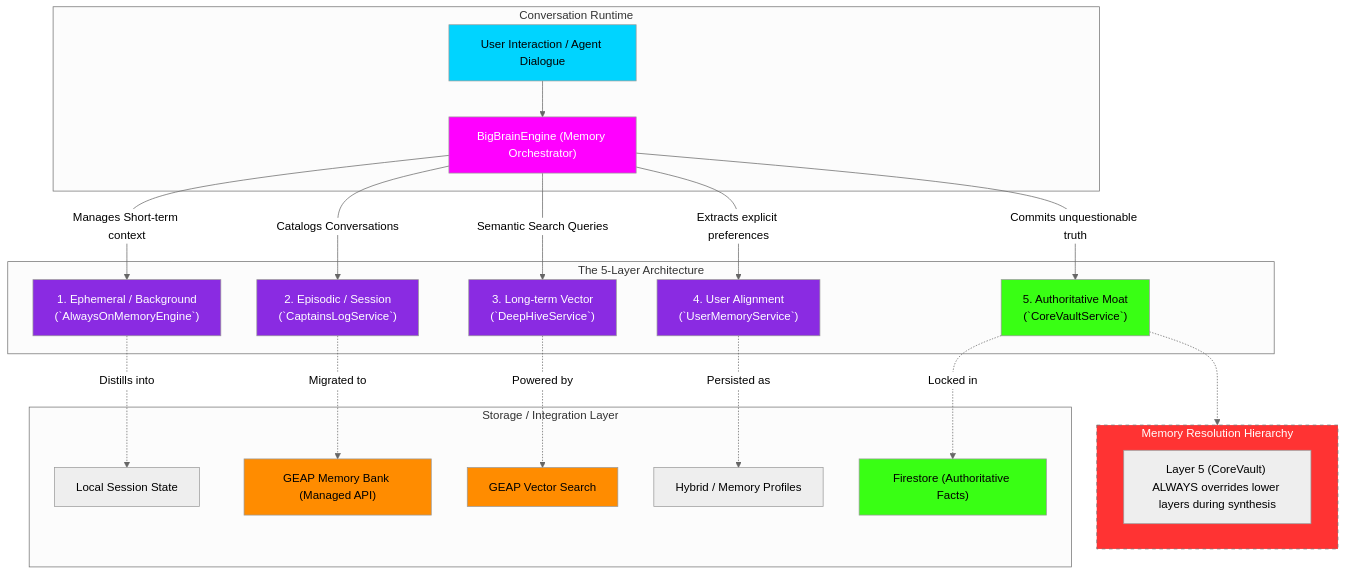
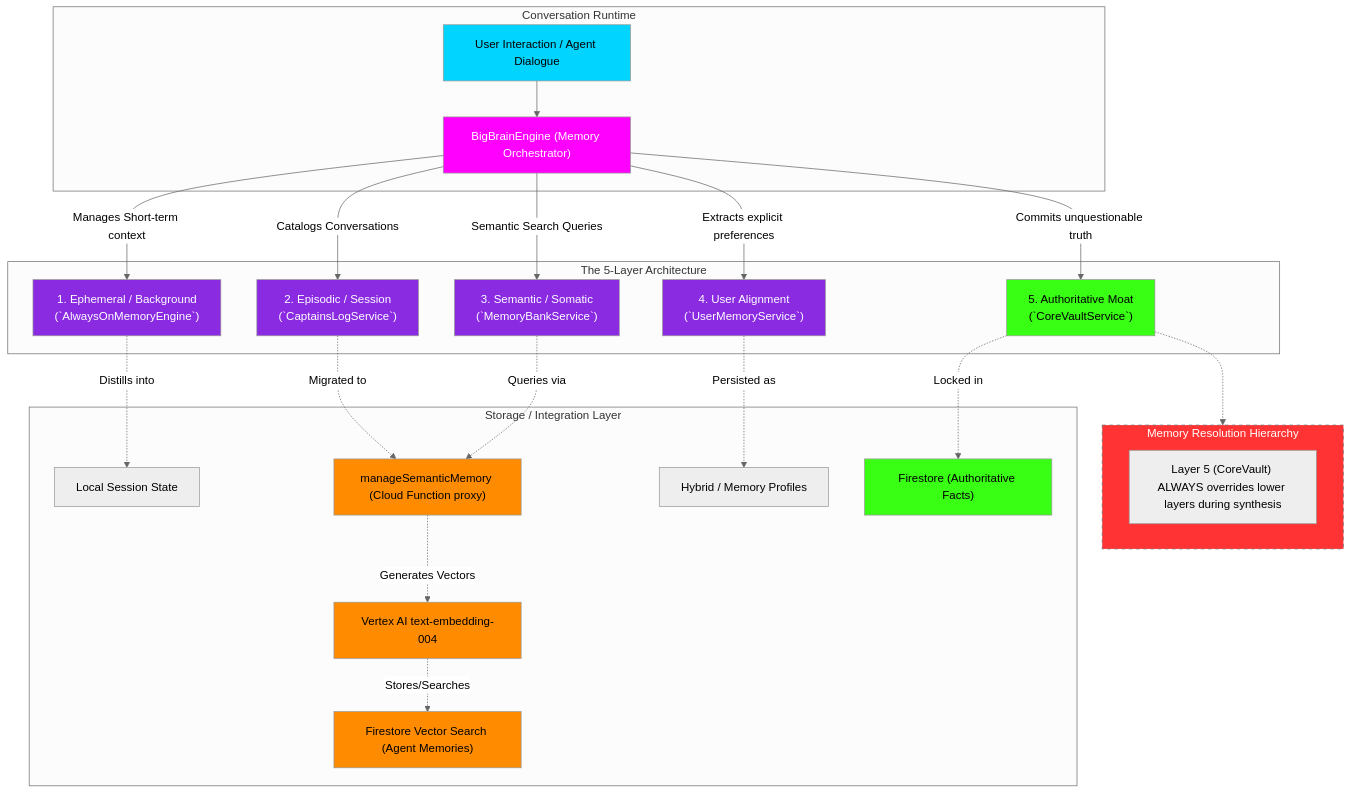
One commit to indii-music-founder/indii-music-founder changed the diagram in docs/flowcharts/big-brain-memory-engine.md. Above: the diagram before and after it, drawn with Mermaid (neutral theme). The commit also changed other lines of this file and 23 other files, not shown here.

Commit message:
feat(ai): implement persistent semantic memory via Firestore Vector Search and update architecture flowcharts

````diff
--- a/docs/flowcharts/big-brain-memory-engine.md
+++ b/docs/flowcharts/big-brain-memory-engine.md
@@ -5,63 +5,67 @@
 ```mermaid
 graph TD
     %% Entry Layer
     subgraph Conversation ["Conversation Runtime"]
         Interaction["User Interaction / Agent Dialogue"]
         Orchestrator["BigBrainEngine (Memory Orchestrator)"]
     end
 
     %% The 5 Memory Layers
     subgraph MemoryLayers ["The 5-Layer Architecture"]
         Layer1["1. Ephemeral / Background<br/>(`AlwaysOnMemoryEngine`)"]
         Layer2["2. Episodic / Session<br/>(`CaptainsLogService`)"]
-        Layer3["3. Long-term Vector<br/>(`DeepHiveService`)"]
+        Layer3["3. Semantic / Somatic<br/>(`MemoryBankService`)"]
         Layer4["4. User Alignment<br/>(`UserMemoryService`)"]
         Layer5["5. Authoritative Moat<br/>(`CoreVaultService`)"]
     end
 
     %% Storage Backends
     subgraph Storage ["Storage / Integration Layer"]
         SessionState["Local Session State"]
-        GEAP_MemBank["GEAP Memory Bank (Managed API)"]
-        GEAP_Vector["GEAP Vector Search"]
+        FirebaseCallable["manageSemanticMemory (Cloud Function proxy)"]
+        VertexEmbeddings["Vertex AI text-embedding-004"]
+        FirestoreVector["Firestore Vector Search (Agent Memories)"]
         Hybrid["Hybrid / Memory Profiles"]
         Firestore["Firestore (Authoritative Facts)"]
     end
 
     %% Transitions
     Interaction --> Orchestrator
     
     Orchestrator -->|"Manages Short-term context"| Layer1
     Orchestrator -->|"Catalogs Conversations"| Layer2
     Orchestrator -->|"Semantic Search Queries"| Layer3
     Orchestrator -->|"Extracts explicit preferences"| Layer4
     Orchestrator -->|"Commits unquestionable truth"| Layer5
 
     Layer1 -.->|"Distills into"| SessionState
-    Layer2 -.->|"Migrated to"| GEAP_MemBank
-    Layer3 -.->|"Powered by"| GEAP_Vector
+    Layer2 -.->|"Migrated to"| FirebaseCallable
+    Layer3 -.->|"Queries via"| FirebaseCallable
+    FirebaseCallable -.->|"Generates Vectors"| VertexEmbeddings
+    VertexEmbeddings -.->|"Stores/Searches"| FirestoreVector
     Layer4 -.->|"Persisted as"| Hybrid
     Layer5 -.->|"Locked in"| Firestore
 
     %% Strict Rules
     subgraph Hierarchy ["Memory Resolution Hierarchy"]
         Resolution["Layer 5 (CoreVault) ALWAYS overrides lower layers during synthesis"]
     end
     Layer5 -.-> Hierarchy
 
     %% Styling
     style Interaction fill:#00D4FF,color:#000
     style Orchestrator fill:#FF00FF,color:#FFF
     
     style Layer1 fill:#8A2BE2,color:#FFF
     style Layer2 fill:#8A2BE2,color:#FFF
     style Layer3 fill:#8A2BE2,color:#FFF
     style Layer4 fill:#8A2BE2,color:#FFF
     style Layer5 fill:#39FF14,color:#000
     
-    style GEAP_MemBank fill:#FF8C00,color:#000
-    style GEAP_Vector fill:#FF8C00,color:#000
+    style FirebaseCallable fill:#FF8C00,color:#000
+    style VertexEmbeddings fill:#FF8C00,color:#000
+    style FirestoreVector fill:#FF8C00,color:#000
     style Firestore fill:#39FF14,color:#000
     
     style Hierarchy fill:#FF3333,color:#FFF,stroke-dasharray: 5 5
 ```
````
